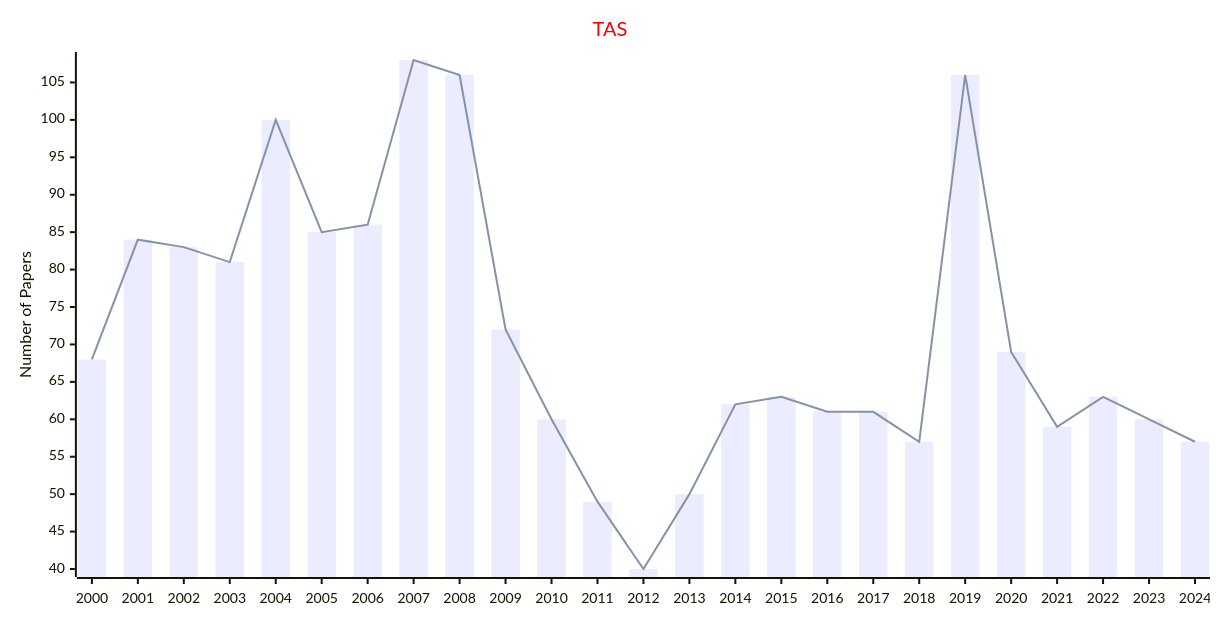
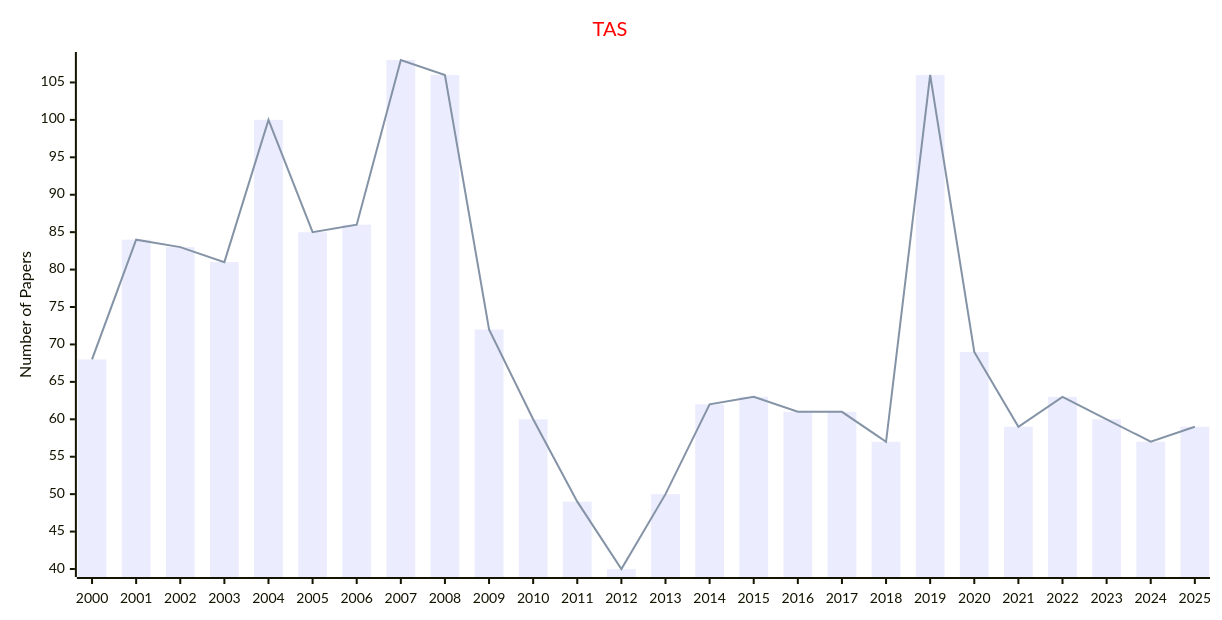
Before and after one commit to Easy-PhD/AILinks: the sixth of 6 diagrams in docs/data/Journals/Statistics_Journals/Applied_Statistics.md, drawn with Mermaid. The commit also changed other lines of this file and 93 other files, not shown here.

````diff
--- a/docs/data/Journals/Statistics_Journals/Applied_Statistics.md
+++ b/docs/data/Journals/Statistics_Journals/Applied_Statistics.md
@@ -129,17 +129,17 @@
 ```mermaid
 ---
 config:
     xyChart:
         width: 1200
         height: 600
     themeVariables:
         xyChart:
             titleColor: "#ff0000"
 ---
 xychart-beta
     title "TAS"
-    x-axis [2000, 2001, 2002, 2003, 2004, 2005, 2006, 2007, 2008, 2009, 2010, 2011, 2012, 2013, 2014, 2015, 2016, 2017, 2018, 2019, 2020, 2021, 2022, 2023, 2024]
+    x-axis [2000, 2001, 2002, 2003, 2004, 2005, 2006, 2007, 2008, 2009, 2010, 2011, 2012, 2013, 2014, 2015, 2016, 2017, 2018, 2019, 2020, 2021, 2022, 2023, 2024, 2025]
     y-axis "Number of Papers"
-    bar [68, 84, 83, 81, 100, 85, 86, 108, 106, 72, 60, 49, 40, 50, 62, 63, 61, 61, 57, 106, 69, 59, 63, 60, 57]
-    line [68, 84, 83, 81, 100, 85, 86, 108, 106, 72, 60, 49, 40, 50, 62, 63, 61, 61, 57, 106, 69, 59, 63, 60, 57]
+    bar [68, 84, 83, 81, 100, 85, 86, 108, 106, 72, 60, 49, 40, 50, 62, 63, 61, 61, 57, 106, 69, 59, 63, 60, 57, 59]
+    line [68, 84, 83, 81, 100, 85, 86, 108, 106, 72, 60, 49, 40, 50, 62, 63, 61, 61, 57, 106, 69, 59, 63, 60, 57, 59]
 ```
````
